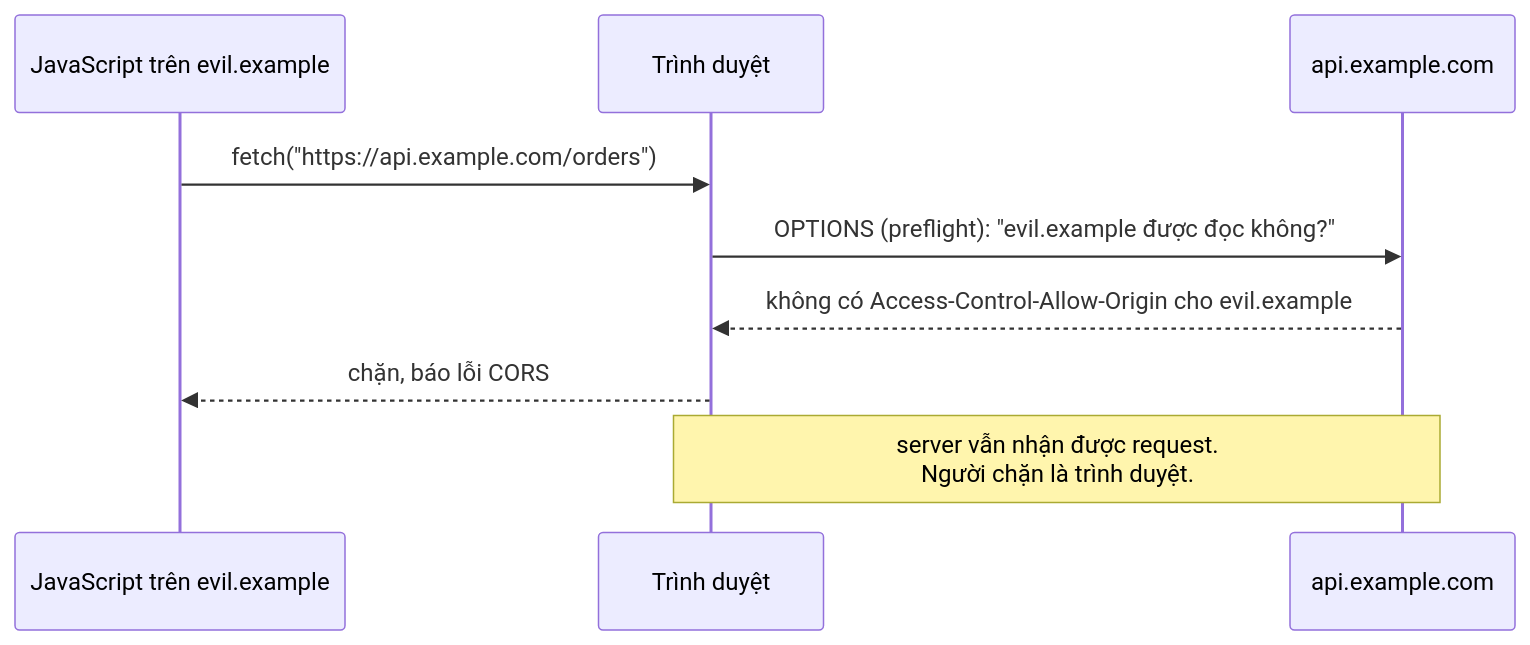
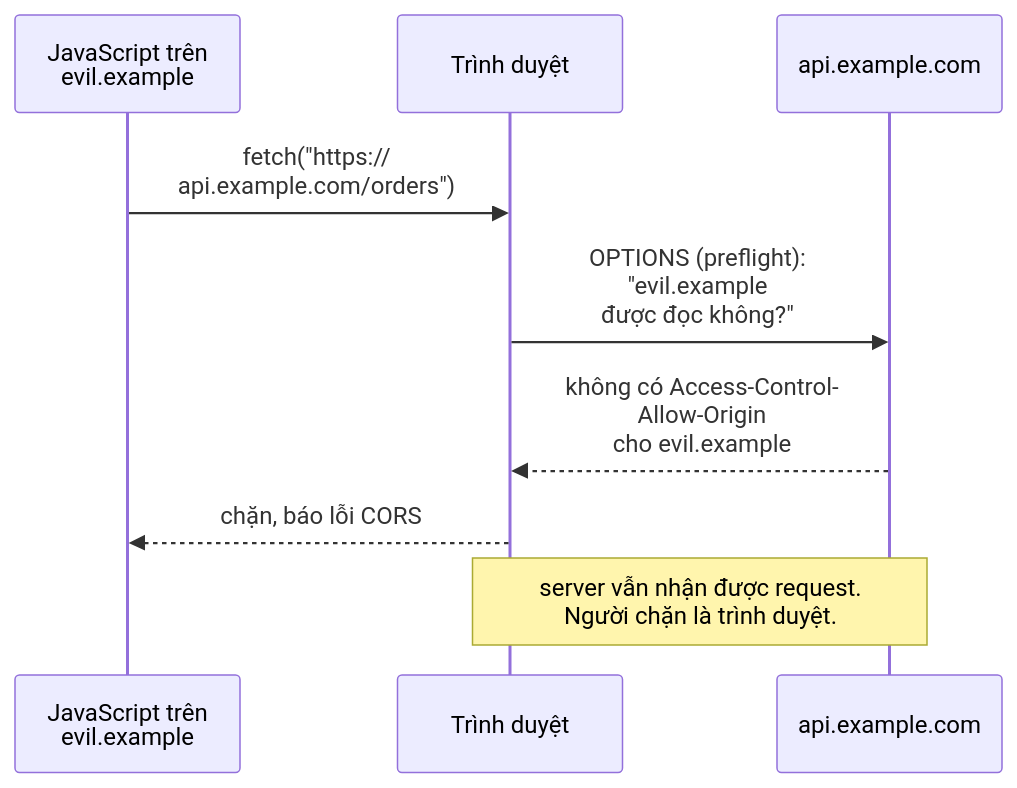
Before and after one commit to duongbui234/software-engineering-atlas: the third of 3 diagrams in content/posts/2026-11-18-api-security.md, drawn with Mermaid. The commit also changed other lines of this file and 18 other files, not shown here.

First line of the commit message:
MQ-03 exchange-type comparison, and readable Mermaid diagrams (#6)

````diff
--- a/content/posts/2026-11-18-api-security.md
+++ b/content/posts/2026-11-18-api-security.md
@@ -236,11 +236,11 @@
 ```mermaid
 sequenceDiagram
-    participant JS as JavaScript trên evil.example
+    participant JS as JavaScript trên<br/>evil.example
     participant BR as Trình duyệt
     participant API as api.example.com
-    JS->>BR: fetch("https://api.example.com/orders")
-    BR->>API: OPTIONS (preflight): "evil.example được đọc không?"
-    API-->>BR: không có Access-Control-Allow-Origin cho evil.example
+    JS->>BR: fetch("https://<br/>api.example.com/orders")
+    BR->>API: OPTIONS (preflight):<br/>"evil.example<br/>được đọc không?"
+    API-->>BR: không có Access-Control-<br/>Allow-Origin<br/>cho evil.example
     BR-->>JS: chặn, báo lỗi CORS
     Note over BR,API: server vẫn nhận được request.<br/>Người chặn là trình duyệt.
 ```
````
